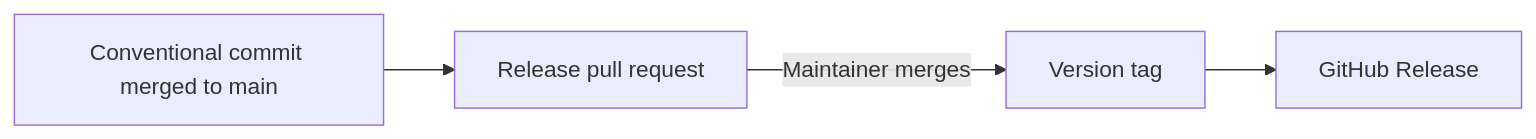
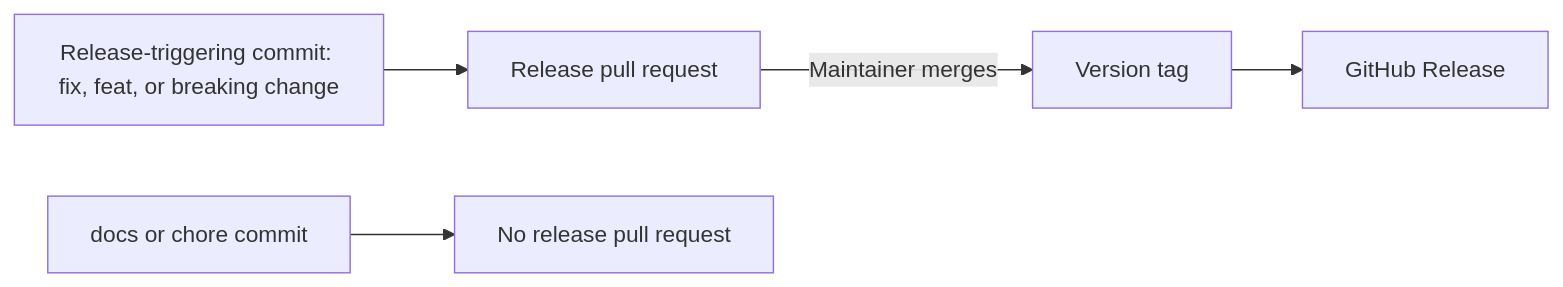
One commit to agenticcodingops/azure-wordpress changed the diagram in CONTRIBUTING.md. Above: the diagram before and after it, drawn with Mermaid. The commit also changed other lines of this file and 1 other file, not shown here.

````diff
--- a/CONTRIBUTING.md
+++ b/CONTRIBUTING.md
@@ -147,6 +177,7 @@
 ```mermaid
 flowchart LR
-    A[Conventional commit merged to main] --> B[Release pull request]
+    A[Release-triggering commit: fix, feat, or breaking change] --> B[Release pull request]
     B -->|Maintainer merges| C[Version tag]
     C --> D[GitHub Release]
+    E[docs or chore commit] --> F[No release pull request]
 ```
````
